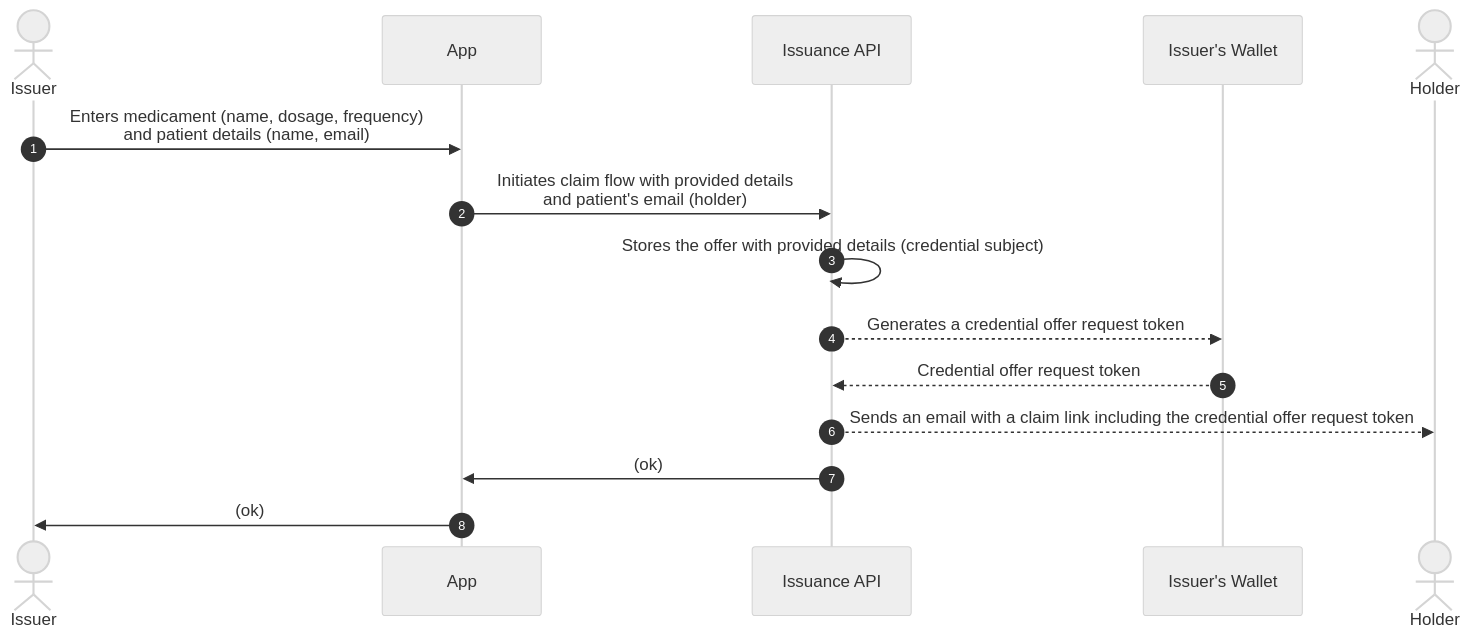
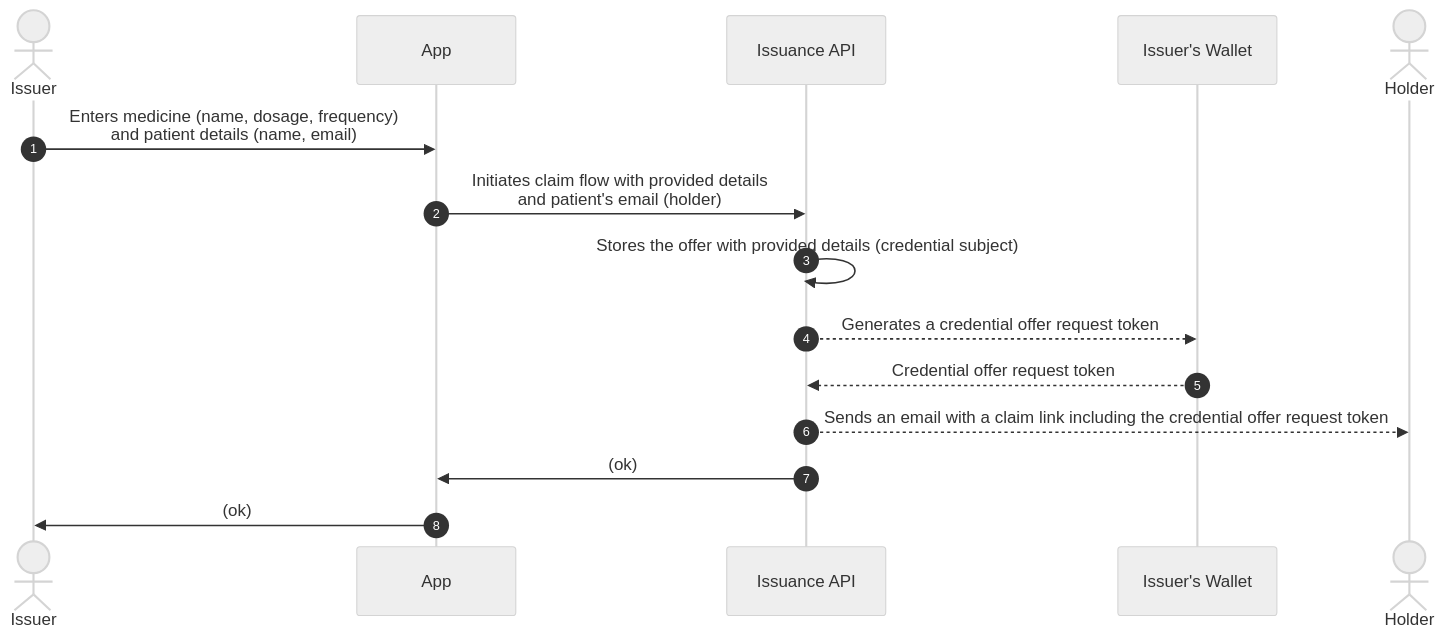
The first of 4 diagrams in README.md (affinidi/reference-app-certification-and-verification), drawn with Mermaid (neutral theme) before and after one commit. The commit also changed other lines of this file, not shown here.

````diff
--- a/README.md
+++ b/README.md
@@ -146,17 +146,17 @@
 ```mermaid
 sequenceDiagram; autonumber
   actor Issuer
   participant App
   participant Issuance as Issuance API
   participant IW as Issuer's Wallet
   actor Holder
 
-  Issuer->>App: Enters medicament (name, dosage, frequency)<br/>and patient details (name, email)
+  Issuer->>App: Enters medicine (name, dosage, frequency)<br/>and patient details (name, email)
   App->>Issuance: Initiates claim flow with provided details<br/>and patient's email (holder)
   Issuance->>Issuance: Stores the offer with provided details (credential subject)
   Issuance-->>IW: Generates a credential offer request token
   IW-->>Issuance: Credential offer request token
   Issuance-->>Holder: Sends an email with a claim link including the credential offer request token
   Issuance->>App: (ok)
   App->>Issuer: (ok)
 ```
````
